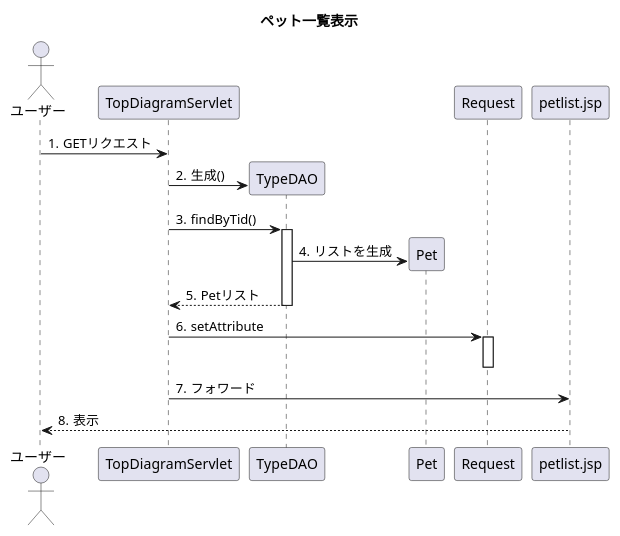
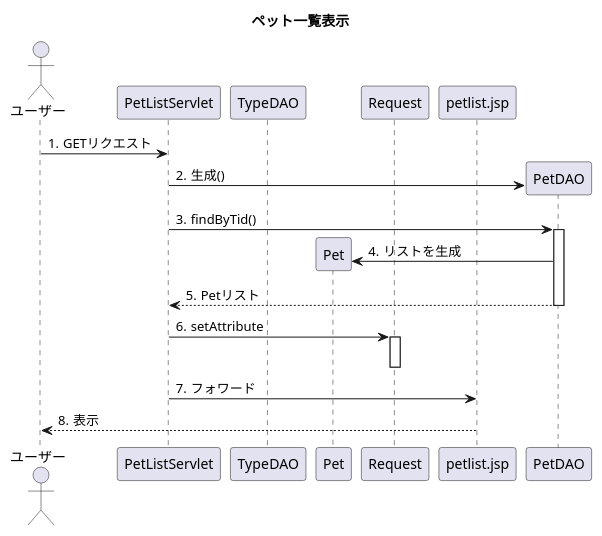
The diagram in detail.uml/seq_petList.pu (Tyamanaka07/WebSystem), drawn with PlantUML before and after one commit.

Commit message:
Pet_listのシーケンス図修正

```diff
--- a/detail.uml/seq_petList.pu
+++ b/detail.uml/seq_petList.pu
@@ -1,21 +1,21 @@
 @startuml
 title ペット一覧表示
 actor ユーザー
-participant TopDiagramServlet
+participant PetListServlet
 participant TypeDAO
 participant Pet
 participant Request
 participant petlist.jsp
 autonumber "#."
 
-ユーザー->TopDiagramServlet:GETリクエスト
-TopDiagramServlet->TypeDAO**:生成()
-TopDiagramServlet->TypeDAO++:findByTid()
-TypeDAO->Pet**:リストを生成
-TypeDAO-->TopDiagramServlet--:Petリスト
-TopDiagramServlet->Request++:setAttribute
+ユーザー->PetListServlet:GETリクエスト
+PetListServlet->PetDAO**:生成()
+PetListServlet->PetDAO++:findByTid()
+PetDAO->Pet**:リストを生成
+PetDAO-->PetListServlet--:Petリスト
+PetListServlet->Request++:setAttribute
 Request--
-TopDiagramServlet->petlist.jsp:フォワード
+PetListServlet->petlist.jsp:フォワード
 petlist.jsp-->ユーザー:表示
 
 @enduml
```
